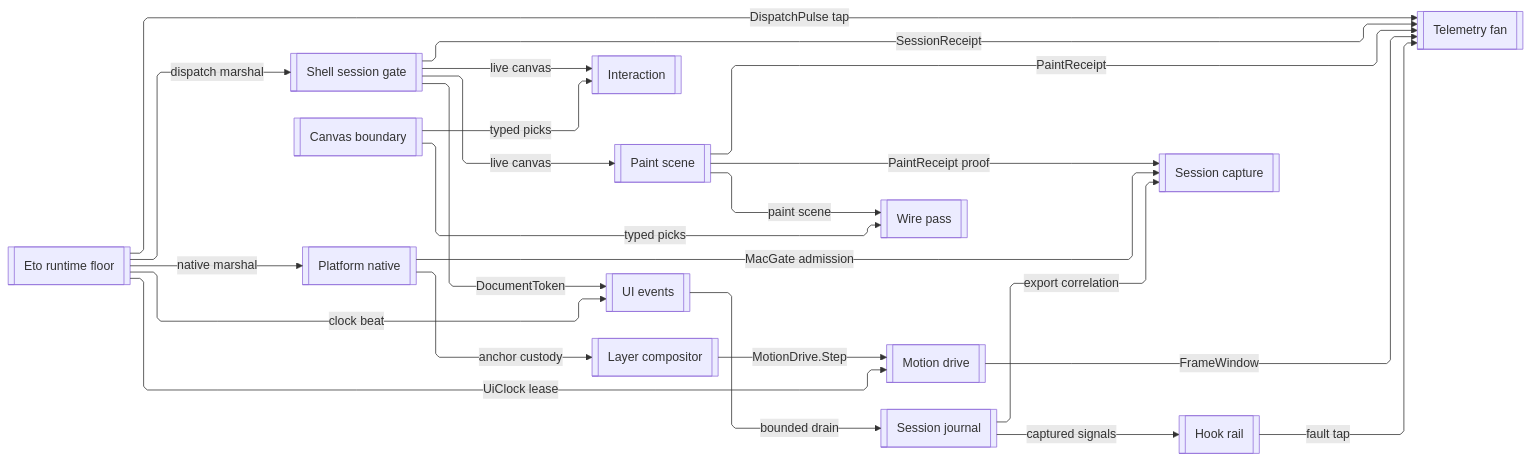
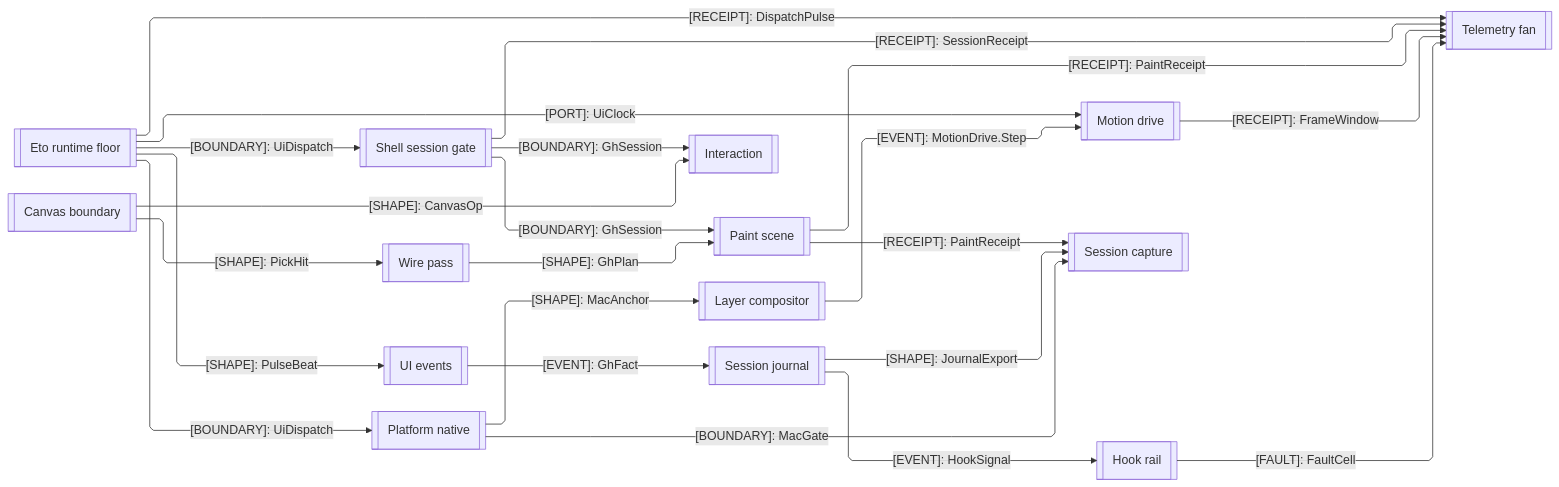
One commit to bsamiee/Rasm changed the third of 3 diagrams in libs/csharp/Rasm.Grasshopper/ARCHITECTURE.md. Above: the diagram before and after it, drawn with Mermaid. The commit also changed other lines of this file and 115 other files, not shown here.

````diff
--- a/libs/csharp/Rasm.Grasshopper/ARCHITECTURE.md
+++ b/libs/csharp/Rasm.Grasshopper/ARCHITECTURE.md
@@ -148,48 +155,47 @@
 ```mermaid
 ---
 config:
   layout: elk
   flowchart:
     curve: linear
     padding: 25
 ---
 flowchart LR
     accTitle: Grasshopper host-boundary interior wiring
-    accDescr: How the Grasshopper host boundary composes its UI-thread interior around the Eto runtime dispatch floor and the Shell session-scope gate, with canvas, paint, motion, events, and native owners consuming live scope, dispatch beats, and typed reads.
+    accDescr: How the UI-thread interior composes around the Eto dispatch floor and the Shell session-scope gate.
     Runtime[[Eto runtime floor]]
     Session[[Shell session gate]]
     Canvas[[Canvas boundary]]
     Interaction[[Interaction]]
     Paint[[Paint scene]]
     Wires[[Wire pass]]
     Motion[[Motion drive]]
     Events[[UI events]]
     Native[[Platform native]]
     Composition[[Layer compositor]]
     Capture[[Session capture]]
     Telemetry[[Telemetry fan]]
     Hooks[[Hook rail]]
     Journal[[Session journal]]
-    Runtime -->|"dispatch marshal"| Session
-    Runtime -->|"UiClock lease"| Motion
-    Runtime -->|"DispatchPulse tap"| Telemetry
-    Session -->|"SessionReceipt"| Telemetry
-    Paint -->|"PaintReceipt"| Telemetry
-    Motion -->|"FrameWindow"| Telemetry
-    Hooks -->|"fault tap"| Telemetry
-    Events -->|"bounded drain"| Journal
-    Journal -->|"captured signals"| Hooks
-    Runtime -->|"native marshal"| Native
-    Runtime -->|"clock beat"| Events
-    Session -->|"live canvas"| Interaction
-    Session -->|"live canvas"| Paint
-    Session -->|"DocumentToken"| Events
-    Canvas -->|"typed picks"| Interaction
-    Canvas -->|"typed picks"| Wires
-    Paint -->|"paint scene"| Wires
-    Composition -->|"MotionDrive.Step"| Motion
-    Native -->|"anchor custody"| Composition
-    Native -->|"MacGate admission"| Capture
-    Paint -->|"PaintReceipt proof"| Capture
-    Journal -->|"export correlation"| Capture
+    Runtime e1@-->|"[BOUNDARY]: UiDispatch"| Session
+    Runtime e2@-->|"[BOUNDARY]: UiDispatch"| Native
+    Runtime e3@-->|"[PORT]: UiClock"| Motion
+    Runtime e4@-->|"[SHAPE]: PulseBeat"| Events
+    Runtime e5@-->|"[RECEIPT]: DispatchPulse"| Telemetry
+    Session e6@-->|"[BOUNDARY]: GhSession"| Interaction
+    Session e7@-->|"[BOUNDARY]: GhSession"| Paint
+    Session e8@-->|"[RECEIPT]: SessionReceipt"| Telemetry
+    Canvas e9@-->|"[SHAPE]: CanvasOp"| Interaction
+    Canvas e10@-->|"[SHAPE]: PickHit"| Wires
+    Wires e11@-->|"[SHAPE]: GhPlan"| Paint
+    Paint e12@-->|"[RECEIPT]: PaintReceipt"| Telemetry
+    Paint e13@-->|"[RECEIPT]: PaintReceipt"| Capture
+    Motion e14@-->|"[RECEIPT]: FrameWindow"| Telemetry
+    Composition e15@-->|"[EVENT]: MotionDrive.Step"| Motion
+    Native e16@-->|"[SHAPE]: MacAnchor"| Composition
+    Native e17@-->|"[BOUNDARY]: MacGate"| Capture
+    Events e18@-->|"[EVENT]: GhFact"| Journal
+    Journal e19@-->|"[EVENT]: HookSignal"| Hooks
+    Journal e20@-->|"[SHAPE]: JournalExport"| Capture
+    Hooks f1@-->|"[FAULT]: FaultCell"| Telemetry
 ```
````
